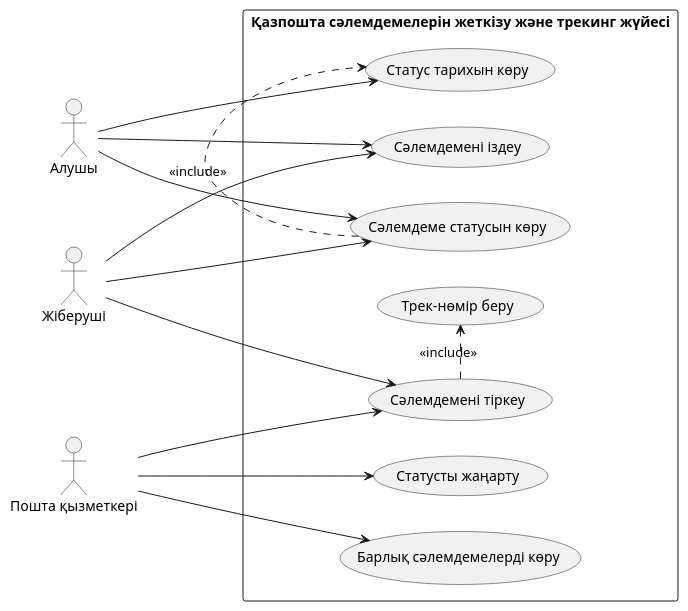
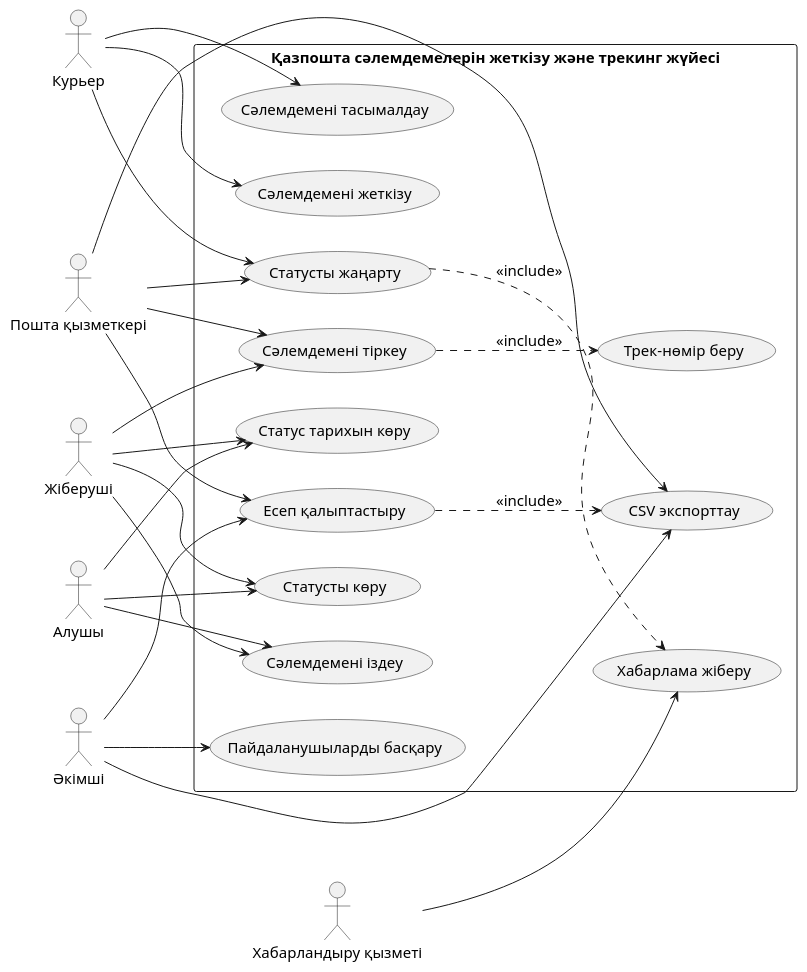
Before and after one commit to ajymaskar082/Kazpost-Parcel-Tracking: the diagram in docs/uml/use-case.puml, drawn with PlantUML. The commit also changed other lines of this file, not shown here.

```diff
--- a/docs/uml/use-case.puml
+++ b/docs/uml/use-case.puml
@@ -1,33 +2,60 @@
 @startuml
 left to right direction
+
+skinparam backgroundColor white
+skinparam shadowing false
+skinparam defaultFontName Arial
+skinparam defaultFontSize 15
 
 actor "Жіберуші" as Sender
 actor "Алушы" as Recipient
 actor "Пошта қызметкері" as Operator
+actor "Курьер" as Courier
+actor "Әкімші" as Admin
+actor "Хабарландыру қызметі" as Notification
 
 rectangle "Қазпошта сәлемдемелерін жеткізу және трекинг жүйесі" {
-    usecase "Сәлемдемені тіркеу" as UC1
-    usecase "Трек-нөмір беру" as UC2
-    usecase "Сәлемдемені іздеу" as UC3
-    usecase "Сәлемдеме статусын көру" as UC4
-    usecase "Статусты жаңарту" as UC5
-    usecase "Статус тарихын көру" as UC6
-    usecase "Барлық сәлемдемелерді көру" as UC7
+
+ usecase "Сәлемдемені тіркеу" as UC1
+ usecase "Трек-нөмір беру" as UC2
+ usecase "Сәлемдемені іздеу" as UC3
+ usecase "Статусты көру" as UC4
+ usecase "Статус тарихын көру" as UC5
+ usecase "Статусты жаңарту" as UC6
+ usecase "Сәлемдемені тасымалдау" as UC7
+ usecase "Сәлемдемені жеткізу" as UC8
+ usecase "Хабарлама жіберу" as UC9
+ usecase "Есеп қалыптастыру" as UC10
+ usecase "CSV экспорттау" as UC11
+ usecase "Пайдаланушыларды басқару" as UC12
 }
 
 Sender --> UC1
 Sender --> UC3
 Sender --> UC4
+Sender --> UC5
 
 Recipient --> UC3
 Recipient --> UC4
-Recipient --> UC6
+Recipient --> UC5
 
 Operator --> UC1
-Operator --> UC5
-Operator --> UC7
+Operator --> UC6
+Operator --> UC10
+Operator --> UC11
 
-UC1 .> UC2 : <<include>>
-UC4 .> UC6 : <<include>>
+Courier --> UC7
+Courier --> UC8
+Courier --> UC6
+
+Admin --> UC10
+Admin --> UC11
+Admin --> UC12
+
+Notification --> UC9
+
+UC1 ..> UC2 : <<include>>
+UC6 ..> UC9 : <<include>>
+UC10 ..> UC11 : <<include>>
 
 @enduml
```
